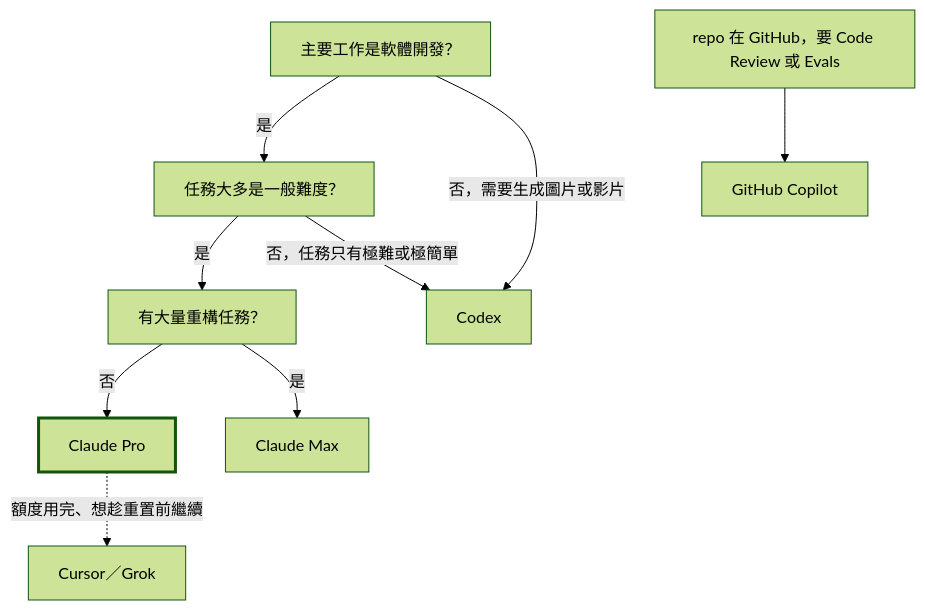
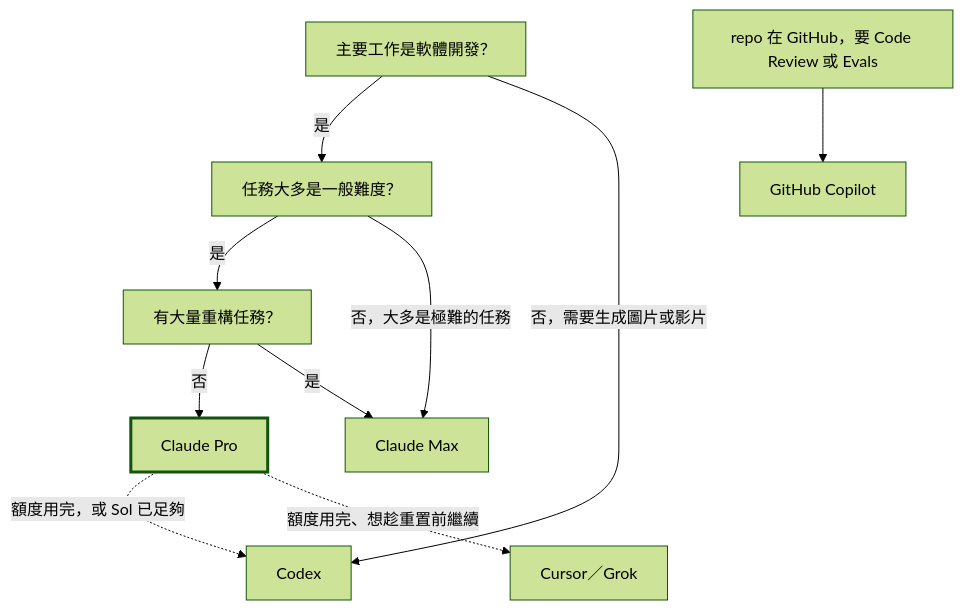
The diagram in src/content/docs/zh-tw/blog/pro-is-enough.md (akunzai/akunzai.github.io), drawn with Mermaid (forest theme) before and after one commit. The commit also changed other lines of this file and 1 other file, not shown here.

Commit message:
docs(blog): update pro-is-enough for GPT-6.1 Sol

````diff
--- a/src/content/docs/zh-tw/blog/pro-is-enough.md
+++ b/src/content/docs/zh-tw/blog/pro-is-enough.md
@@ -127,12 +136,13 @@
 ```mermaid
 flowchart TD
     A[主要工作是軟體開發？] -->|是| B[任務大多是一般難度？]
     A -->|否，需要生成圖片或影片| X[Codex]
     B -->|是| C[有大量重構任務？]
-    B -->|否，任務只有極難或極簡單| X
+    B -->|否，大多是極難的任務| M
+    P -.額度用完，或 Sol 已足夠.-> X
     C -->|否| P[Claude Pro]
     C -->|是| M[Claude Max]
     P -.額度用完、想趁重置前繼續.-> R[Cursor／Grok]
     G[repo 在 GitHub，要 Code Review 或 Evals] --> H[GitHub Copilot]
     style P stroke-width:3px
 ```
````
